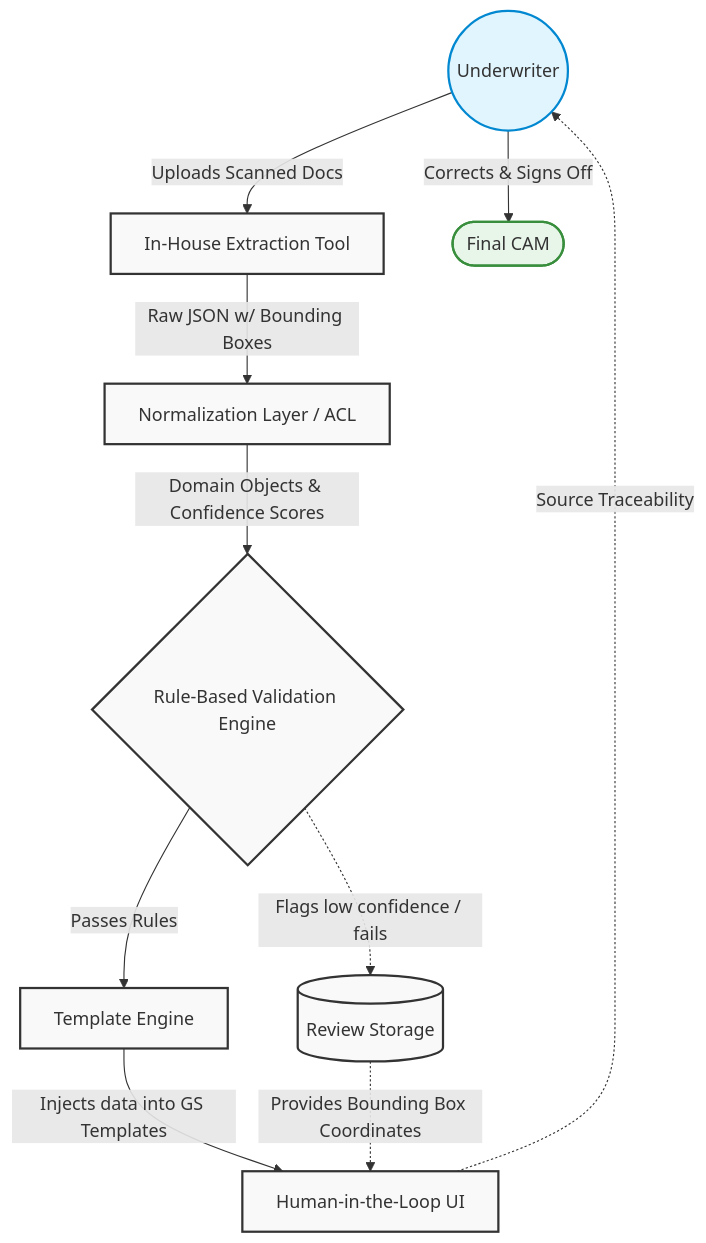
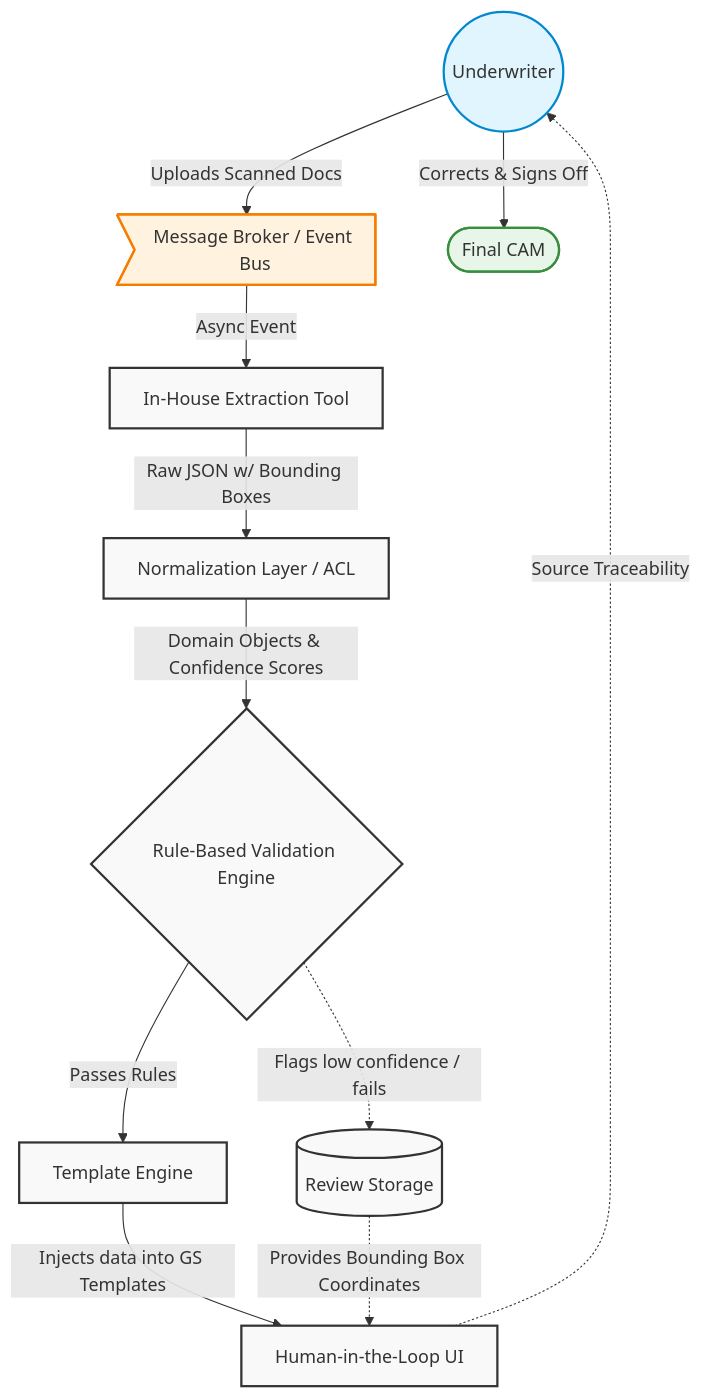
The diagram in notes/CAM.md (IshanDigra/ShadowDocs), drawn with Mermaid before and after one commit. The commit also changed other lines of this file, not shown here.

````diff
--- a/notes/CAM.md
+++ b/notes/CAM.md
@@ -35,35 +53,39 @@
 ```mermaid
 graph TD
     %% Define Actor and Systems
     Actor((Underwriter))
+    Broker>Message Broker / Event Bus]
     ExtTool[In-House Extraction Tool]
     ACL[Normalization Layer / ACL]
     ValEngine{Rule-Based Validation Engine}
     TempEngine[Template Engine]
     Storage[(Review Storage)]
     UI[Human-in-the-Loop UI]
     FinalDoc([Final CAM])
 
     %% Define Flow
-    Actor -->|Uploads Scanned Docs| ExtTool
+    Actor -->|Uploads Scanned Docs| Broker
+    Broker -->|Async Event| ExtTool
     ExtTool -->|Raw JSON w/ Bounding Boxes| ACL
     ACL -->|Domain Objects & Confidence Scores| ValEngine
     
     ValEngine -->|Passes Rules| TempEngine
     ValEngine -.->|Flags low confidence / fails| Storage
     
     TempEngine -->|Injects data into GS Templates| UI
     Storage -.->|Provides Bounding Box Coordinates| UI
     
     UI -.->|Source Traceability| Actor
     Actor -->|Corrects & Signs Off| FinalDoc
 
     %% Styling
     classDef primary fill:#f9f9f9,stroke:#333,stroke-width:2px;
     classDef actor fill:#e1f5fe,stroke:#0288d1,stroke-width:2px;
     classDef endpoint fill:#e8f5e9,stroke:#388e3c,stroke-width:2px;
+    classDef async fill:#fff3e0,stroke:#f57c00,stroke-width:2px;
     
     class Actor actor;
+    class Broker async;
     class FinalDoc endpoint;
     class ExtTool,ACL,ValEngine,TempEngine,Storage,UI primary;
 ```
````
